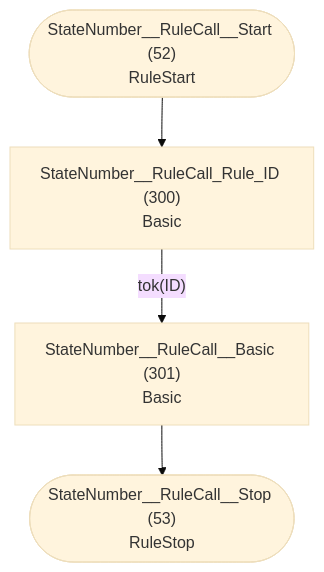
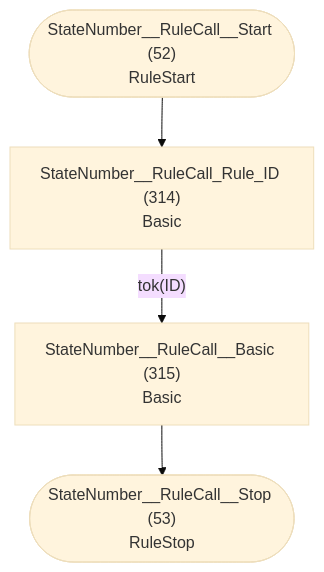
Before and after one commit to TypeFox/fastbelt: diagram 27 of 32 in internal/grammar/atn.md, drawn with Mermaid (base theme). The commit also changed other lines of this file and 21 other files, not shown here.

````diff
--- a/internal/grammar/atn.md
+++ b/internal/grammar/atn.md
@@ -785,11 +817,11 @@
 ```mermaid
 flowchart TD
     q52(["StateNumber__RuleCall__Start (52)<br/>RuleStart"])
     q53(["StateNumber__RuleCall__Stop (53)<br/>RuleStop"])
-    q300["StateNumber__RuleCall_Rule_ID (300)<br/>Basic<br/>"]
-    q301["StateNumber__RuleCall__Basic (301)<br/>Basic<br/>"]
+    q314["StateNumber__RuleCall_Rule_ID (314)<br/>Basic<br/>"]
+    q315["StateNumber__RuleCall__Basic (315)<br/>Basic<br/>"]
 
-    q52 --> q300
-    q300 -->|"tok(ID)"| q301
-    q301 --> q53
+    q52 --> q314
+    q314 -->|"tok(ID)"| q315
+    q315 --> q53
 ```
````
